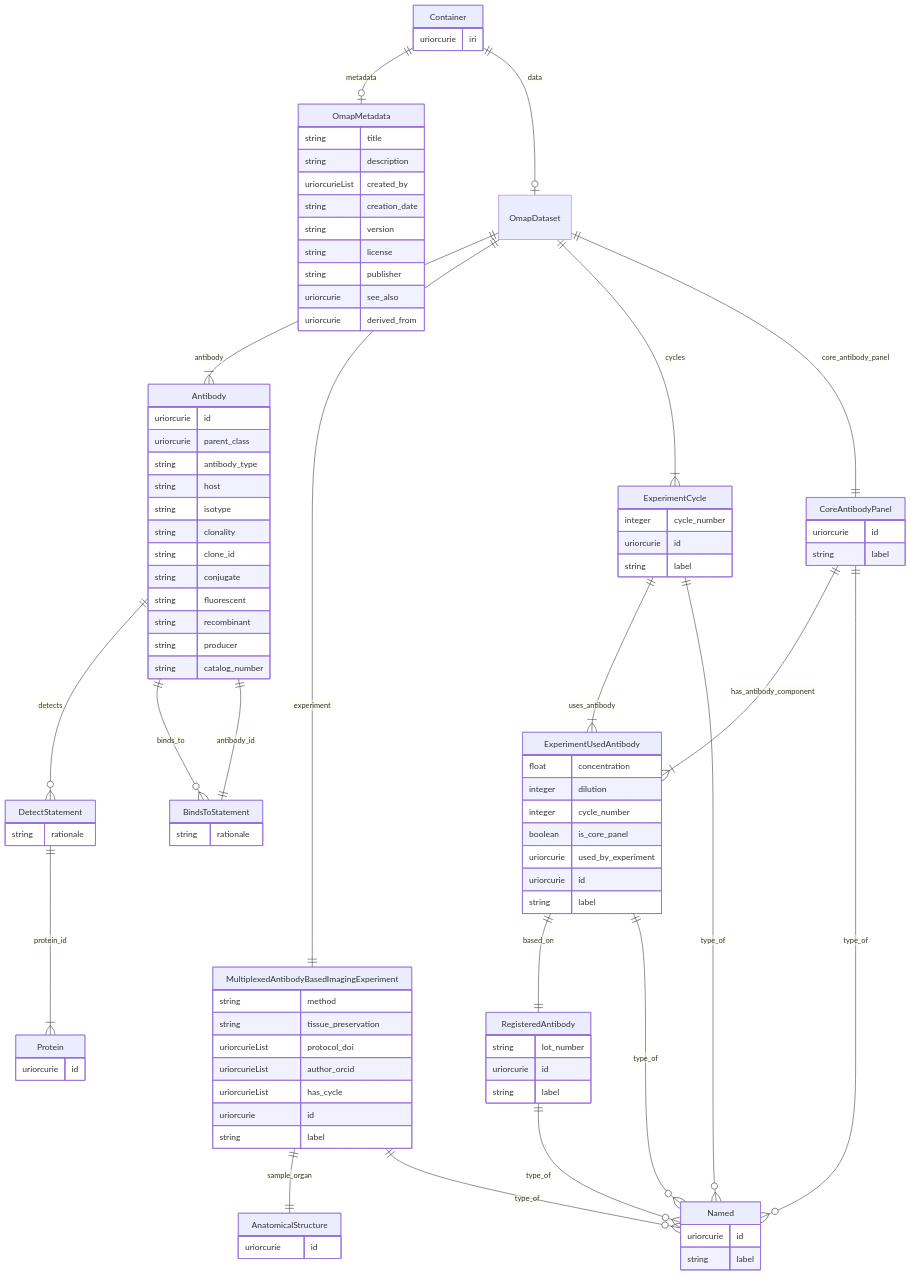
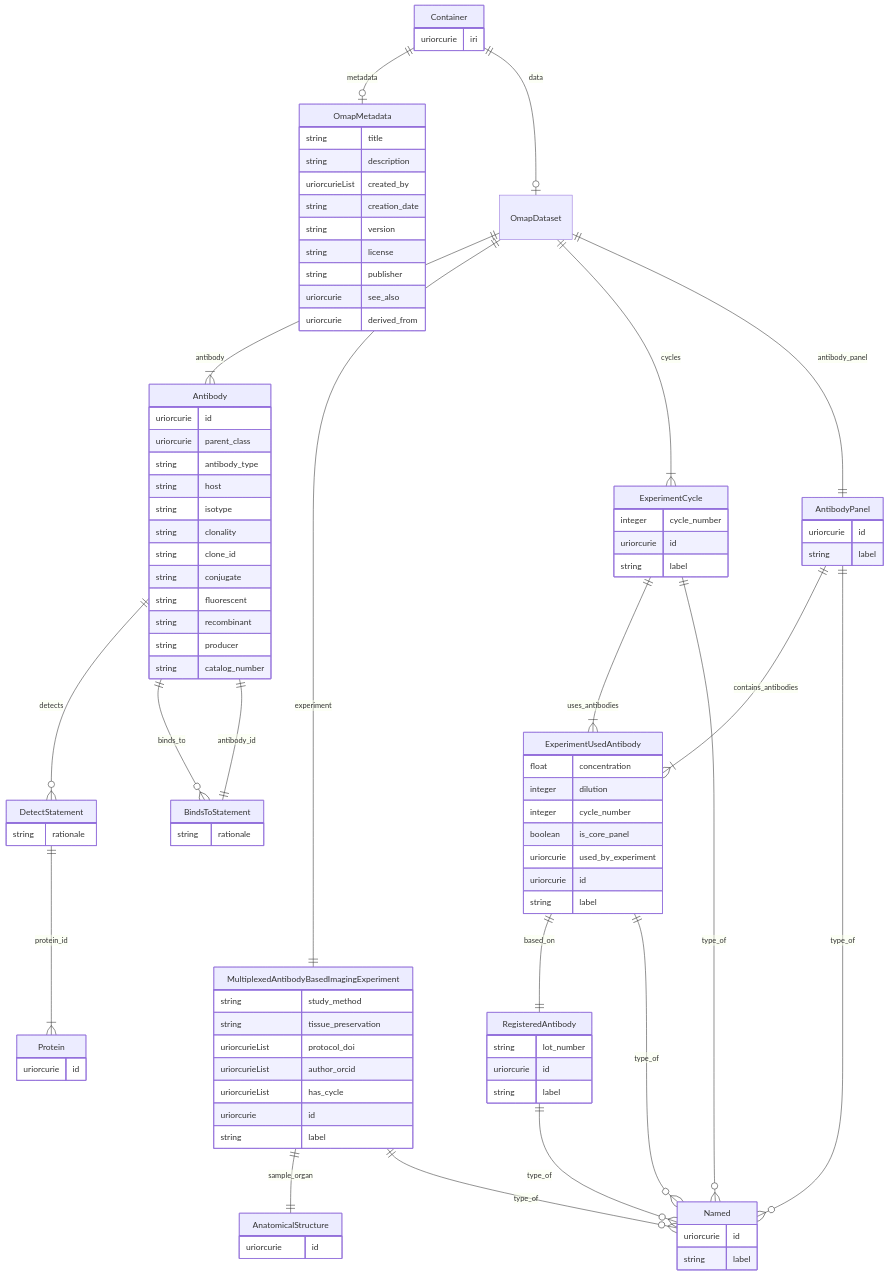
Before and after one commit to hubmapconsortium/hra-kg: the diagram in digital-objects/schema/omap/v1.0/raw/schema.mmd, drawn with Mermaid. The commit also changed 160 other files, not shown here.

Commit message:
Updated schemas

```diff
--- a/digital-objects/schema/omap/v1.0/raw/schema.mmd
+++ b/digital-objects/schema/omap/v1.0/raw/schema.mmd
@@ -1,100 +1,100 @@
 erDiagram
 Container {
     uriorcurie iri  
 }
 OmapDataset {
 
 }
-CoreAntibodyPanel {
+AntibodyPanel {
     uriorcurie id  
     string label  
 }
 Named {
     uriorcurie id  
     string label  
 }
 ExperimentUsedAntibody {
     float concentration  
     integer dilution  
     integer cycle_number  
     boolean is_core_panel  
     uriorcurie used_by_experiment  
     uriorcurie id  
     string label  
 }
 RegisteredAntibody {
     string lot_number  
     uriorcurie id  
     string label  
 }
 ExperimentCycle {
     integer cycle_number  
     uriorcurie id  
     string label  
 }
 MultiplexedAntibodyBasedImagingExperiment {
-    string method  
+    string study_method  
     string tissue_preservation  
     uriorcurieList protocol_doi  
     uriorcurieList author_orcid  
     uriorcurieList has_cycle  
     uriorcurie id  
     string label  
 }
 AnatomicalStructure {
     uriorcurie id  
 }
 Antibody {
     uriorcurie id  
     uriorcurie parent_class  
     string antibody_type  
     string host  
     string isotype  
     string clonality  
     string clone_id  
     string conjugate  
     string fluorescent  
     string recombinant  
     string producer  
     string catalog_number  
 }
 BindsToStatement {
     string rationale  
 }
 DetectStatement {
     string rationale  
 }
 Protein {
     uriorcurie id  
 }
 OmapMetadata {
     string title  
     string description  
     uriorcurieList created_by  
     string creation_date  
     string version  
     string license  
     string publisher  
     uriorcurie see_also  
     uriorcurie derived_from  
 }
 
 Container ||--|o OmapMetadata : "metadata"
 Container ||--|o OmapDataset : "data"
 OmapDataset ||--}| Antibody : "antibody"
 OmapDataset ||--|| MultiplexedAntibodyBasedImagingExperiment : "experiment"
 OmapDataset ||--}| ExperimentCycle : "cycles"
-OmapDataset ||--|| CoreAntibodyPanel : "core_antibody_panel"
-CoreAntibodyPanel ||--}| ExperimentUsedAntibody : "has_antibody_component"
-CoreAntibodyPanel ||--}o Named : "type_of"
+OmapDataset ||--|| AntibodyPanel : "antibody_panel"
+AntibodyPanel ||--}| ExperimentUsedAntibody : "contains_antibodies"
+AntibodyPanel ||--}o Named : "type_of"
 ExperimentUsedAntibody ||--|| RegisteredAntibody : "based_on"
 ExperimentUsedAntibody ||--}o Named : "type_of"
 RegisteredAntibody ||--}o Named : "type_of"
-ExperimentCycle ||--}| ExperimentUsedAntibody : "uses_antibody"
+ExperimentCycle ||--}| ExperimentUsedAntibody : "uses_antibodies"
 ExperimentCycle ||--}o Named : "type_of"
 MultiplexedAntibodyBasedImagingExperiment ||--|| AnatomicalStructure : "sample_organ"
 MultiplexedAntibodyBasedImagingExperiment ||--}o Named : "type_of"
 Antibody ||--}o DetectStatement : "detects"
 Antibody ||--}o BindsToStatement : "binds_to"
 BindsToStatement ||--|| Antibody : "antibody_id"
 DetectStatement ||--}| Protein : "protein_id"
```
